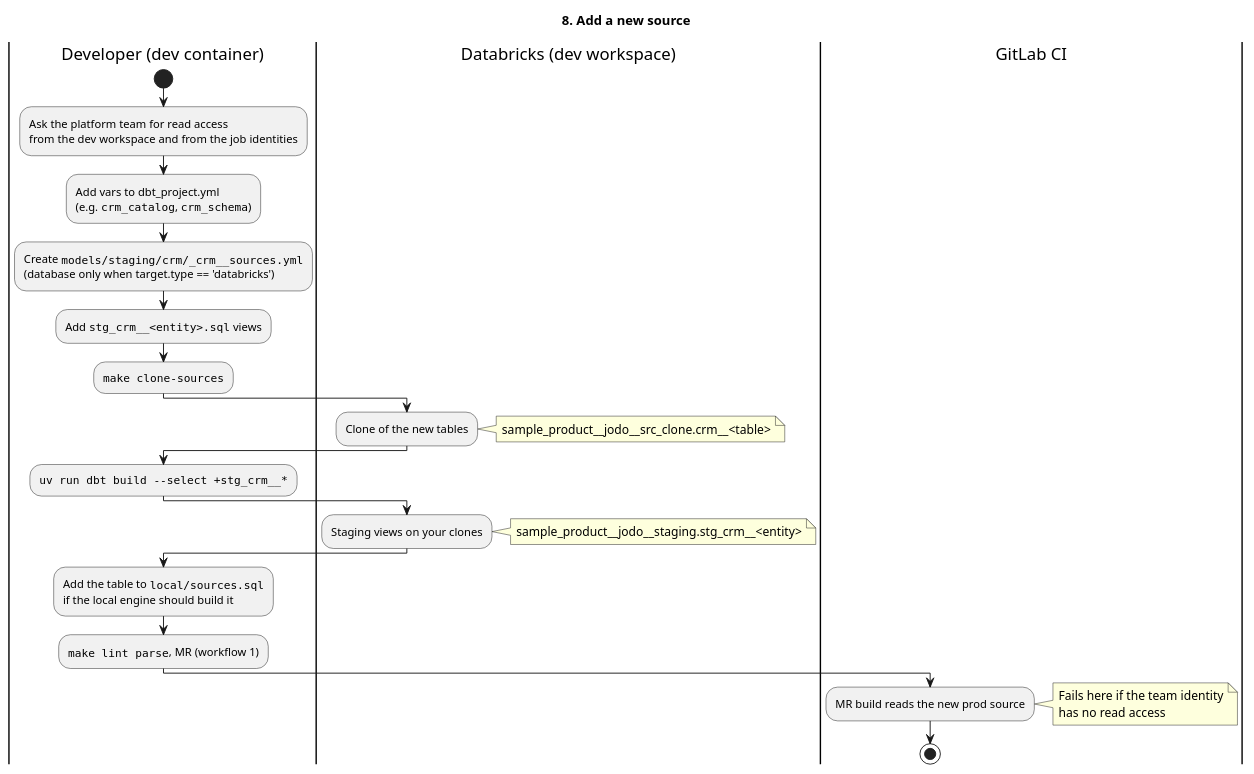
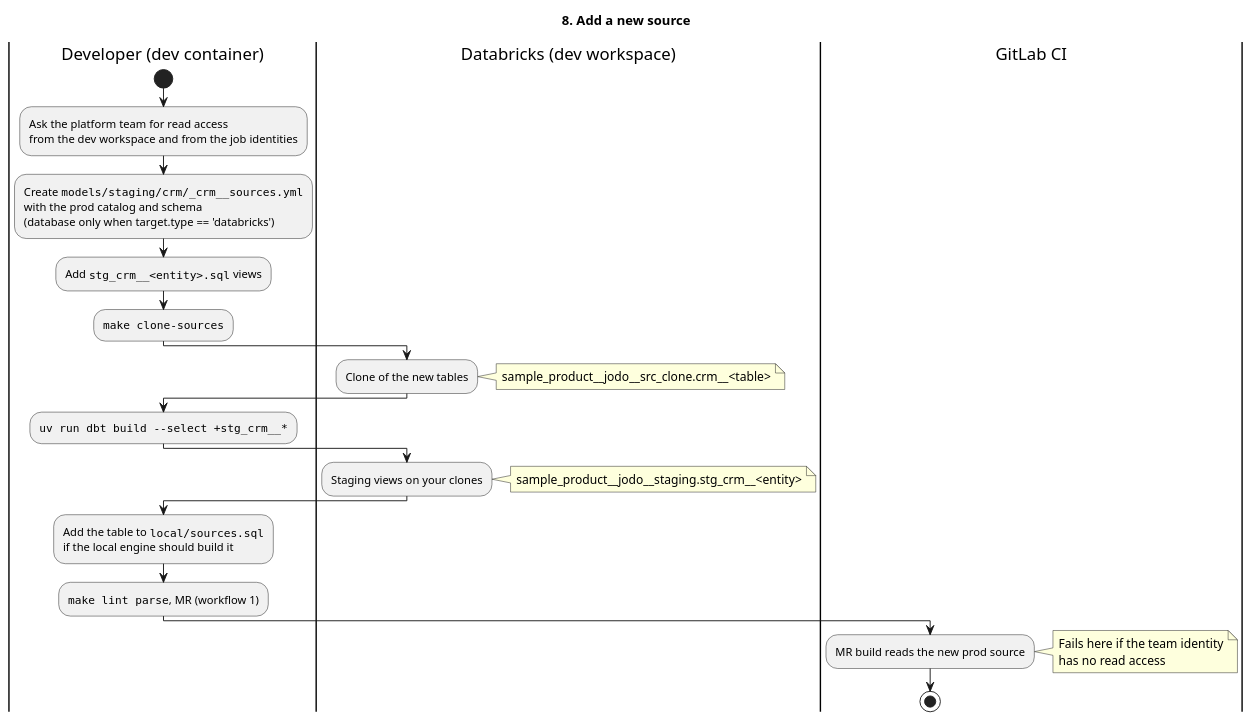
The diagram in docs/diagrams/workflow-8-new-source.puml (PeterHenell/dbt-databricks-template), drawn with PlantUML before and after one commit. The commit also changed 8 other files, not shown here.

```diff
--- a/docs/diagrams/workflow-8-new-source.puml
+++ b/docs/diagrams/workflow-8-new-source.puml
@@ -1,37 +1,36 @@
 @startuml workflow-8-new-source
 title 8. Add a new source
 
 |Developer (dev container)|
 start
 :Ask the platform team for read access
 from the dev workspace and from the job identities;
-:Add vars to dbt_project.yml
-(e.g. ""crm_catalog"", ""crm_schema"");
 :Create ""models/staging/crm/_crm~__sources.yml""
+with the prod catalog and schema
 (database only when target.type == 'databricks');
 :Add ""stg_crm~__<entity>.sql"" views;
 :""make clone-sources"";
 |Databricks (dev workspace)|
 :Clone of the new tables;
 note right
   sample_product~__jodo~__src_clone.crm~__<table>
 end note
 |Developer (dev container)|
 :""uv run dbt build ~--select +stg_crm~__*"";
 |Databricks (dev workspace)|
 :Staging views on your clones;
 note right
   sample_product~__jodo~__staging.stg_crm~__<entity>
 end note
 |Developer (dev container)|
 :Add the table to ""local/sources.sql""
 if the local engine should build it;
 :""make lint parse"", MR (workflow 1);
 |GitLab CI|
 :MR build reads the new prod source;
 note right
   Fails here if the team identity
   has no read access
 end note
 stop
 @enduml
```
